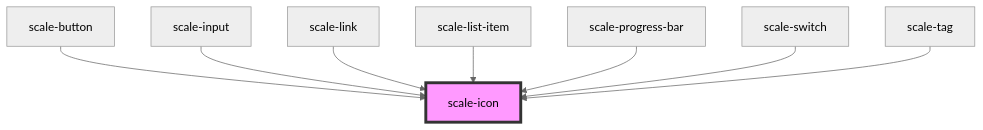
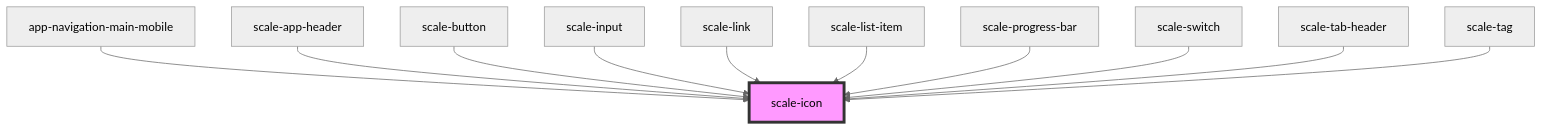
The diagram in packages/components/src/components/icon/readme.md (gaurishkamat/scale), drawn with Mermaid (neutral theme) before and after one commit. The commit also changed other lines of this file and 23 other files, not shown here.

Commit message:
feat: improve scale-icon, remove app-icon

````diff
--- a/packages/components/src/components/icon/readme.md
+++ b/packages/components/src/components/icon/readme.md
@@ -59,11 +61,14 @@
 ```mermaid
 graph TD;
+  app-navigation-main-mobile --> scale-icon
+  scale-app-header --> scale-icon
   scale-button --> scale-icon
   scale-input --> scale-icon
   scale-link --> scale-icon
   scale-list-item --> scale-icon
   scale-progress-bar --> scale-icon
   scale-switch --> scale-icon
+  scale-tab-header --> scale-icon
   scale-tag --> scale-icon
   style scale-icon fill:#f9f,stroke:#333,stroke-width:4px
 ```
````
